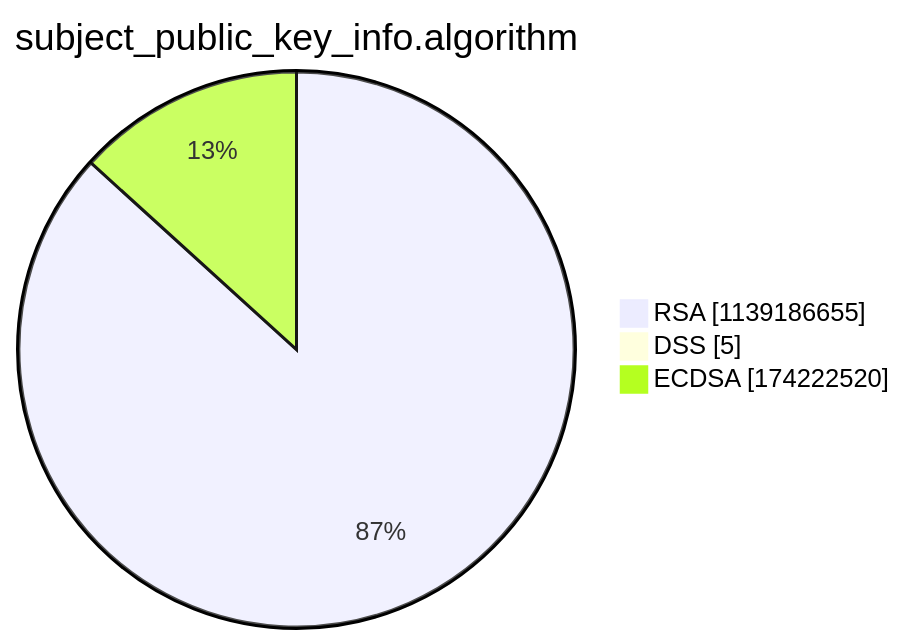
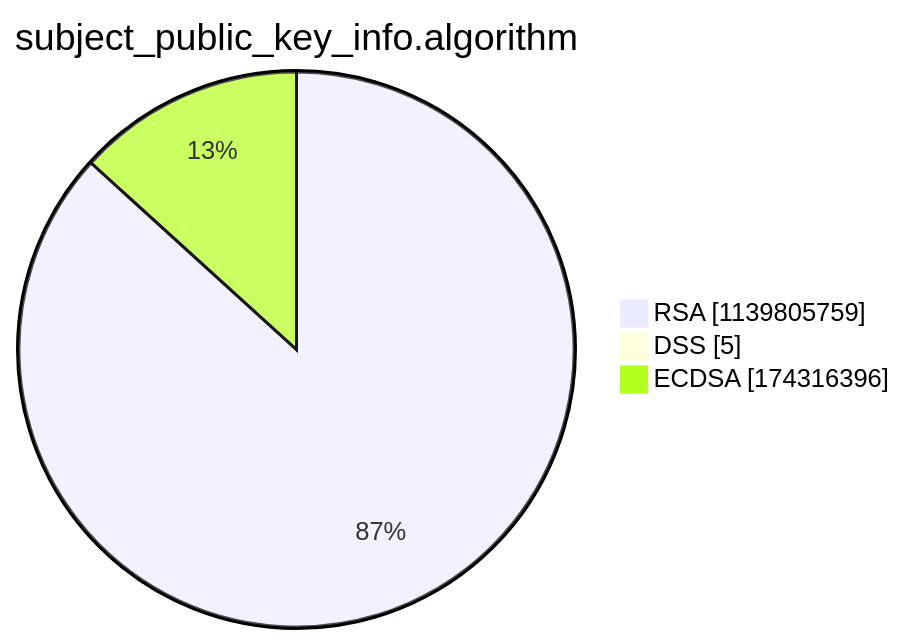
One commit to christiankrug/ctmonitor_visualization changed the third of 15 diagrams in argon2022/README.md. Above: the diagram before and after it, drawn with Mermaid. The commit also changed other lines of this file, not shown here.

````diff
--- a/argon2022/README.md
+++ b/argon2022/README.md
@@ -14,7 +14,7 @@
 ```mermaid
 pie showData
 title subject_public_key_info.algorithm
-"RSA" :1139186655
+"RSA" :1139805759
 "DSS" :5
-"ECDSA" :174222520
+"ECDSA" :174316396
 ```
````
